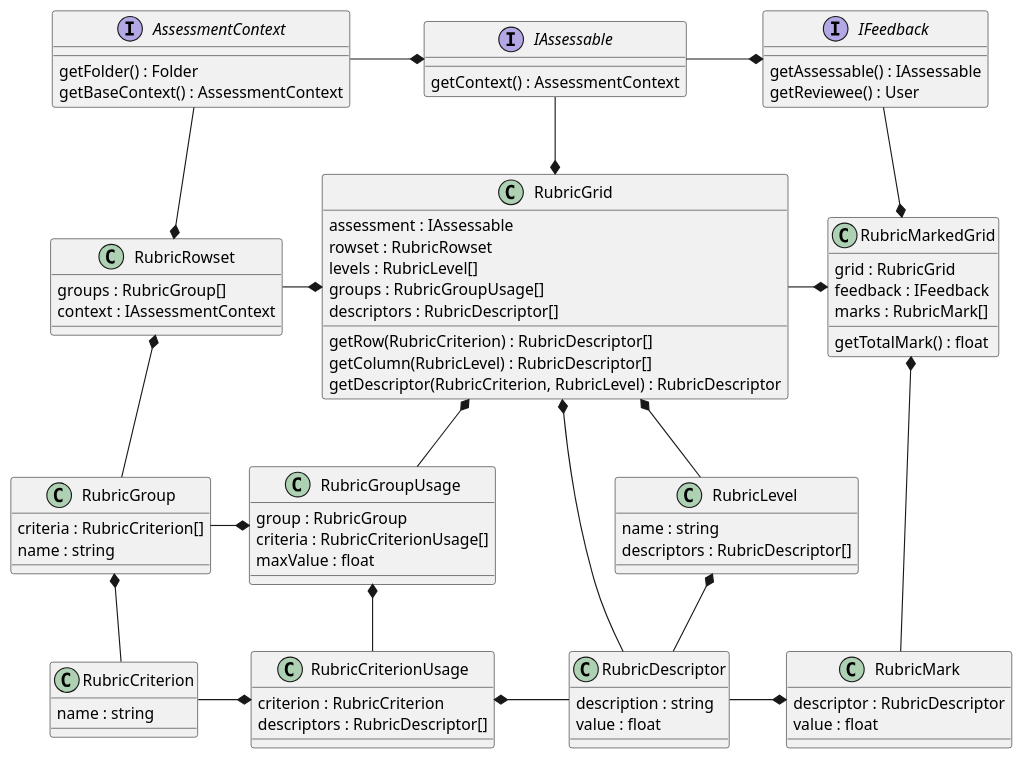
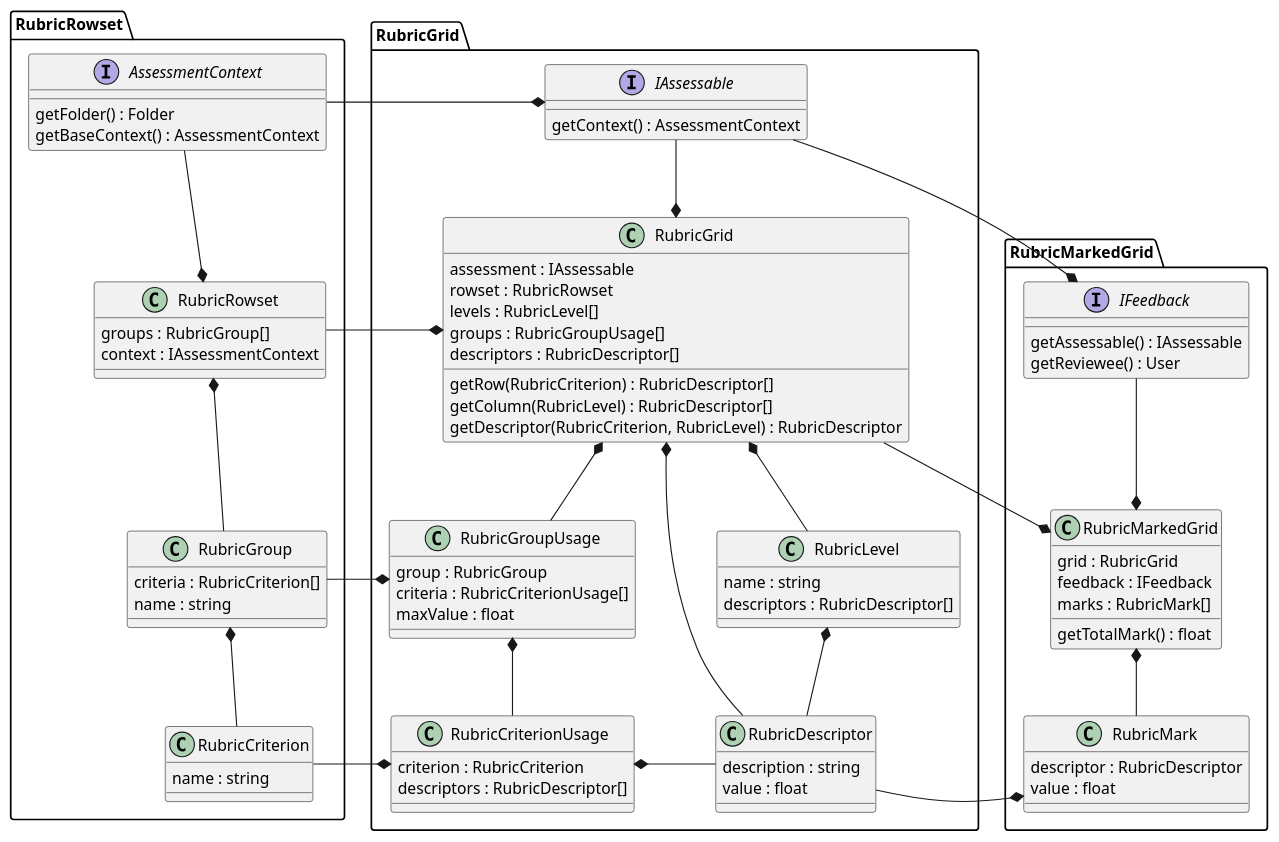
The diagram in library/Schoolbox/Assessment/Component/SubmissionBox/Rubric/Rubric.plantuml (juliaattrevisan/schoolbox-api-docs), drawn with PlantUML before and after one commit.

Commit message:
Namespace these classes [SA-7281]
Note that these namespace names don't correspond to actual Schoolbox namespaces, they're just for organization.

```diff
--- a/library/Schoolbox/Assessment/Component/SubmissionBox/Rubric/Rubric.plantuml
+++ b/library/Schoolbox/Assessment/Component/SubmissionBox/Rubric/Rubric.plantuml
@@ -1,95 +1,109 @@
 @startuml
-class RubricRowset {
-    groups : RubricGroup[]
-    context : IAssessmentContext
-}
-class RubricGroup {
-    criteria : RubricCriterion[]
-    name : string
-}
-class RubricCriterion {
-    name : string
+
+namespace RubricRowset {
+    interface AssessmentContext {
+        getFolder() : Folder
+        getBaseContext() : AssessmentContext
+    }
+
+    class RubricRowset {
+        groups : RubricGroup[]
+        context : IAssessmentContext
+    }
+
+    class RubricGroup {
+        criteria : RubricCriterion[]
+        name : string
+    }
+
+    class RubricCriterion {
+        name : string
+    }
+
+    RubricRowset *-u- AssessmentContext
+    RubricRowset *-d- RubricGroup
+    RubricGroup *-d- RubricCriterion
 }
 
-interface AssessmentContext {
-    getFolder() : Folder
-    getBaseContext() : AssessmentContext
+
+
+namespace RubricGrid {
+    interface IAssessable {
+        getContext() : AssessmentContext
+    }
+
+    class RubricGrid {
+        assessment : IAssessable
+        rowset : RubricRowset
+        levels : RubricLevel[]
+        groups : RubricGroupUsage[]
+        descriptors : RubricDescriptor[]
+        getRow(RubricCriterion) : RubricDescriptor[]
+        getColumn(RubricLevel) : RubricDescriptor[]
+        getDescriptor(RubricCriterion, RubricLevel) : RubricDescriptor
+    }
+
+    class RubricGroupUsage {
+        group : RubricGroup
+        criteria : RubricCriterionUsage[]
+        maxValue : float
+    }
+
+    class RubricCriterionUsage {
+        criterion : RubricCriterion
+        descriptors : RubricDescriptor[]
+    }
+
+    class RubricLevel {
+        name : string
+        descriptors : RubricDescriptor[]
+    }
+
+    class RubricDescriptor {
+        description : string
+        value : float
+    }
+
+    RubricGrid *-l- RubricRowset.RubricRowset
+    RubricGrid *-u- IAssessable
+    RubricGrid *-d- RubricDescriptor
+    RubricGrid *-d- RubricGroupUsage
+    RubricGroupUsage *-l- RubricRowset.RubricGroup
+    RubricGroupUsage *-d- RubricCriterionUsage
+    RubricCriterionUsage *-l- RubricRowset.RubricCriterion
+    RubricCriterionUsage *-r- RubricDescriptor
+    RubricGrid *-d- RubricLevel
+    RubricLevel *-r- RubricDescriptor
+
+    IAssessable *-l- RubricRowset.AssessmentContext
 }
 
-RubricRowset *-u- AssessmentContext
-RubricRowset *-d- RubricGroup
-RubricGroup *-d- RubricCriterion
+namespace RubricMarkedGrid {
 
-class RubricGrid {
-    assessment : IAssessable
-    rowset : RubricRowset
-    levels : RubricLevel[]
-    groups : RubricGroupUsage[]
-    descriptors : RubricDescriptor[]
-    getRow(RubricCriterion) : RubricDescriptor[]
-    getColumn(RubricLevel) : RubricDescriptor[]
-    getDescriptor(RubricCriterion, RubricLevel) : RubricDescriptor
+    interface IFeedback {
+        getAssessable() : IAssessable
+        getReviewee() : User
+    }
+
+    class RubricMarkedGrid {
+        grid : RubricGrid
+        feedback : IFeedback
+        marks : RubricMark[]
+        getTotalMark() : float
+    }
+
+    class RubricMark {
+        descriptor : RubricDescriptor
+        value : float
+    }
+
+
+    RubricMarkedGrid *-l- RubricGrid.RubricGrid
+    RubricMarkedGrid *-u- IFeedback
+    RubricMarkedGrid *-d- RubricMark
+    RubricMark *-l- RubricGrid.RubricDescriptor
+
+    IFeedback *-l- RubricGrid.IAssessable
 }
 
-class RubricGroupUsage {
-    group : RubricGroup
-    criteria : RubricCriterionUsage[]
-    maxValue : float
-}
-
-class RubricCriterionUsage {
-    criterion : RubricCriterion
-    descriptors : RubricDescriptor[]
-}
-
-class RubricLevel {
-    name : string
-    descriptors : RubricDescriptor[]
-}
-
-interface IAssessable {
-    getContext() : AssessmentContext
-}
-
-RubricGrid *-l- RubricRowset
-RubricGrid *-u- IAssessable
-RubricGrid *-d- RubricDescriptor
-RubricGrid *-d- RubricGroupUsage
-RubricGroupUsage *-l- RubricGroup
-RubricGroupUsage *-d- RubricCriterionUsage
-RubricCriterionUsage *-l- RubricCriterion
-RubricCriterionUsage *-r- RubricDescriptor
-RubricGrid *-d- RubricLevel
-RubricLevel *-r- RubricDescriptor
-
-class RubricMarkedGrid {
-    grid : RubricGrid
-    feedback : IFeedback
-    marks : RubricMark[]
-    getTotalMark() : float
-}
-
-class RubricMark {
-    descriptor : RubricDescriptor
-    value : float
-}
-
-class RubricDescriptor {
-    description : string
-    value : float
-}
-
-interface IFeedback {
-    getAssessable() : IAssessable
-    getReviewee() : User
-}
-
-RubricMarkedGrid *-l- RubricGrid
-RubricMarkedGrid *-u- IFeedback
-RubricMarkedGrid *-d- RubricMark
-RubricMark *-l- RubricDescriptor
-
-IAssessable *-l- AssessmentContext
-IFeedback *-l- IAssessable
-
 @enduml
```
